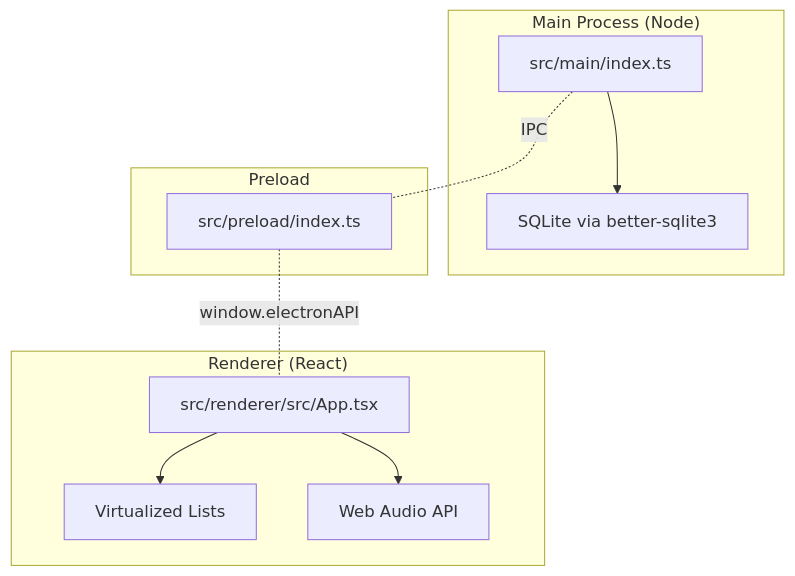
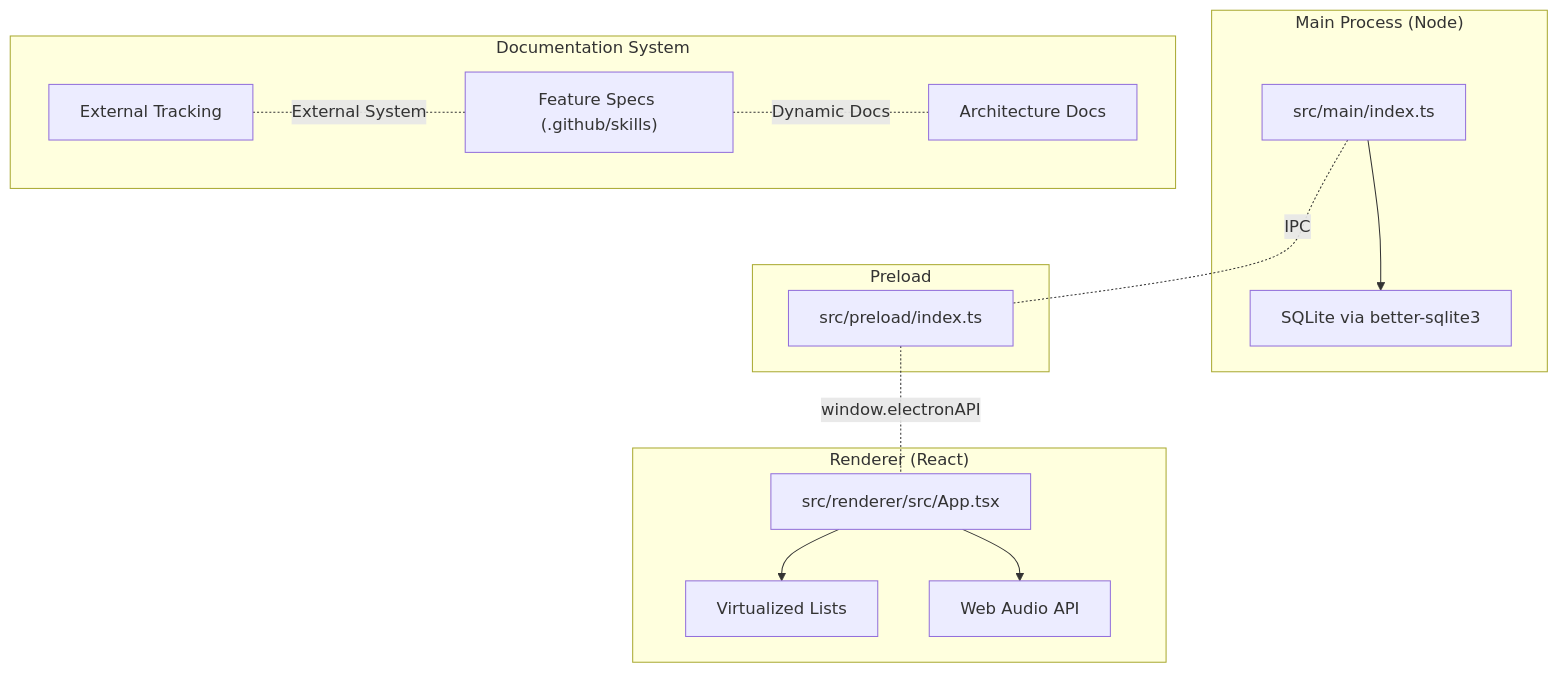
Before and after one commit to satyrlord/mixjam-electron: the second of 6 diagrams in .qoder/repowiki/en/content/Development Guidelines/Development Guidelines.md, drawn with Mermaid. The commit also changed other lines of this file and 5 other files, not shown here.

````diff
--- a/.qoder/repowiki/en/content/Development Guidelines/Development Guidelines.md
+++ b/.qoder/repowiki/en/content/Development Guidelines/Development Guidelines.md
@@ -103,20 +129,27 @@
 ```mermaid
 graph TB
 subgraph "Main Process (Node)"
 M_IDX["src/main/index.ts"]
 SQLITE["SQLite via better-sqlite3"]
 end
 subgraph "Preload"
 P_BRIDGE["src/preload/index.ts"]
 end
 subgraph "Renderer (React)"
 R_APP["src/renderer/src/App.tsx"]
 VLIST["Virtualized Lists"]
 AUDIO["Web Audio API"]
 end
+subgraph "Documentation System"
+SPEC["Feature Specs (.github/skills)"]
+TRACK["External Tracking"]
+ARCH["Architecture Docs"]
+end
 M_IDX --> SQLITE
 M_IDX -. "IPC" .- P_BRIDGE
 P_BRIDGE -. "window.electronAPI" .- R_APP
 R_APP --> VLIST
 R_APP --> AUDIO
+SPEC -. "Dynamic Docs" .- ARCH
+TRACK -. "External System" .- SPEC
 ```
````
